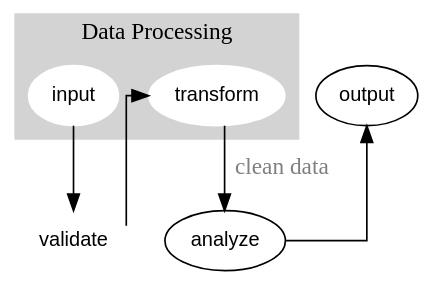
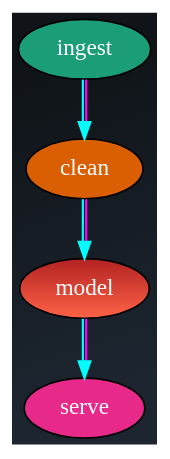
Before and after one commit to the-robot-lives/media-tools: diagram 20 of 24 in skill/content-media-engine/references/fim/solution/graphviz-dot.md, drawn with Graphviz. The commit also changed other lines of this file and 482 other files, not shown here.

````diff
--- a/skill/content-media-engine/references/fim/solution/graphviz-dot.md
+++ b/skill/content-media-engine/references/fim/solution/graphviz-dot.md
@@ -18,25 +382,15 @@
 ```dot
-strict digraph Pipeline {
-  // Graph attributes
-  graph [bgcolor=transparent, splines=ortho];
-  node [fontname="Arial", fontsize=12];
-  edge [fontcolor=gray50];
+digraph Palette {
+  bgcolor="#101418:#1c2530";                 // dark gradient background (hex + colorList)
+  gradientangle=315;
+  node [style=filled, fontcolor=white, colorscheme=dark28];
+  edge [color=gray70, penwidth=1.3];
 
-  // Subgraph cluster
-  subgraph cluster_0 {
-    label="Data Processing";
-    style=filled;
-    color=lightgrey;
-    node [style=filled, color=white];
+  ingest [fillcolor=1];                        // Brewer index into dark2/8
+  clean  [fillcolor=2];
+  model  [fillcolor="tomato:firebrick", gradientangle=90, colorscheme=x11]; // per-node gradient
+  serve  [fillcolor=4];
 
-    input -> validate -> transform;
-  }
-
-  // Main flow
-  transform -> analyze [label="clean data"];
-  analyze -> output [constraint=false];
-
-  // Rank alignment
-  {rank=same; validate; analyze;}
+  ingest -> clean -> model -> serve [color="cyan:magenta"];   // multi-color edge
 }
 ```
````
